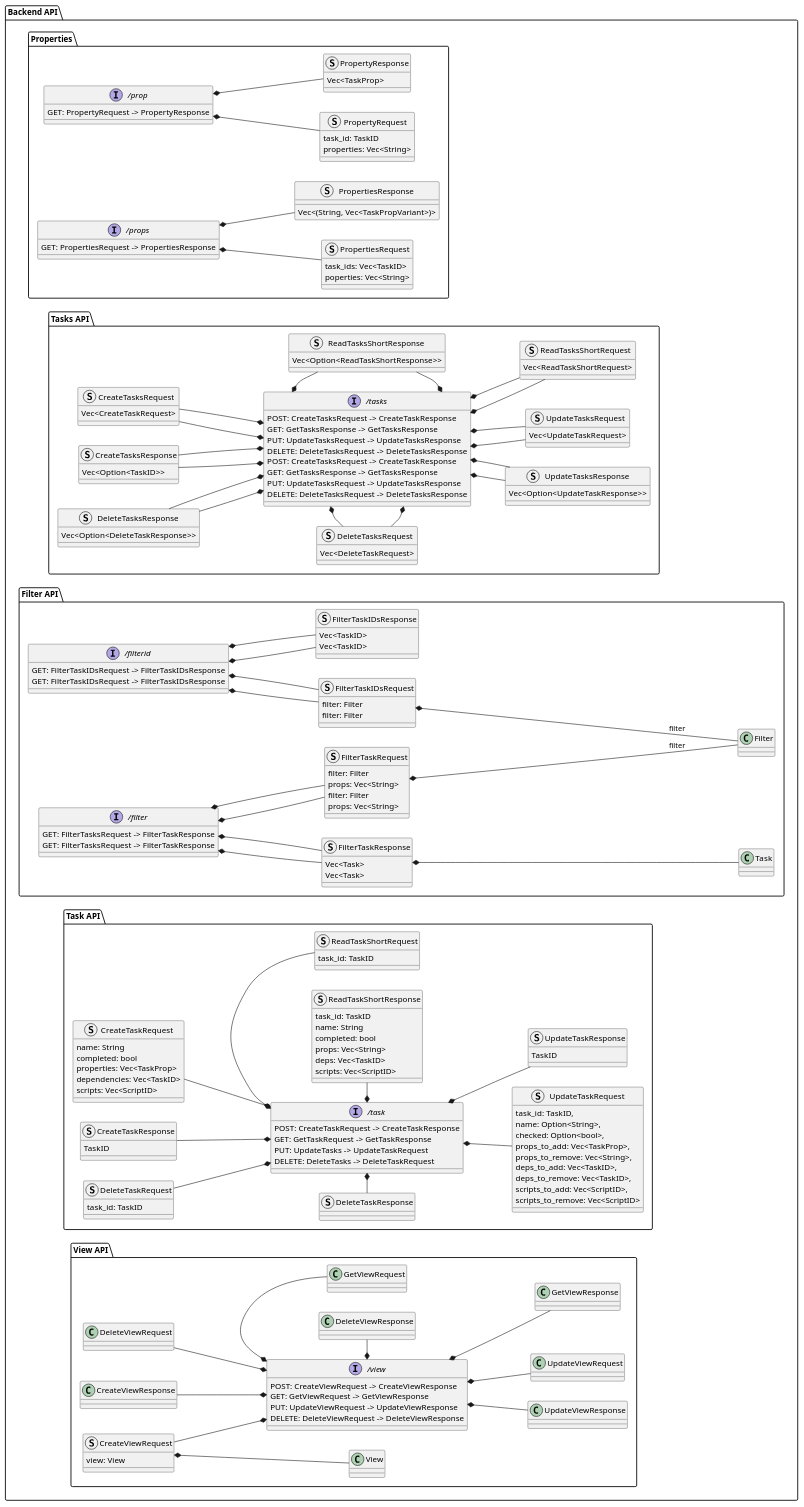
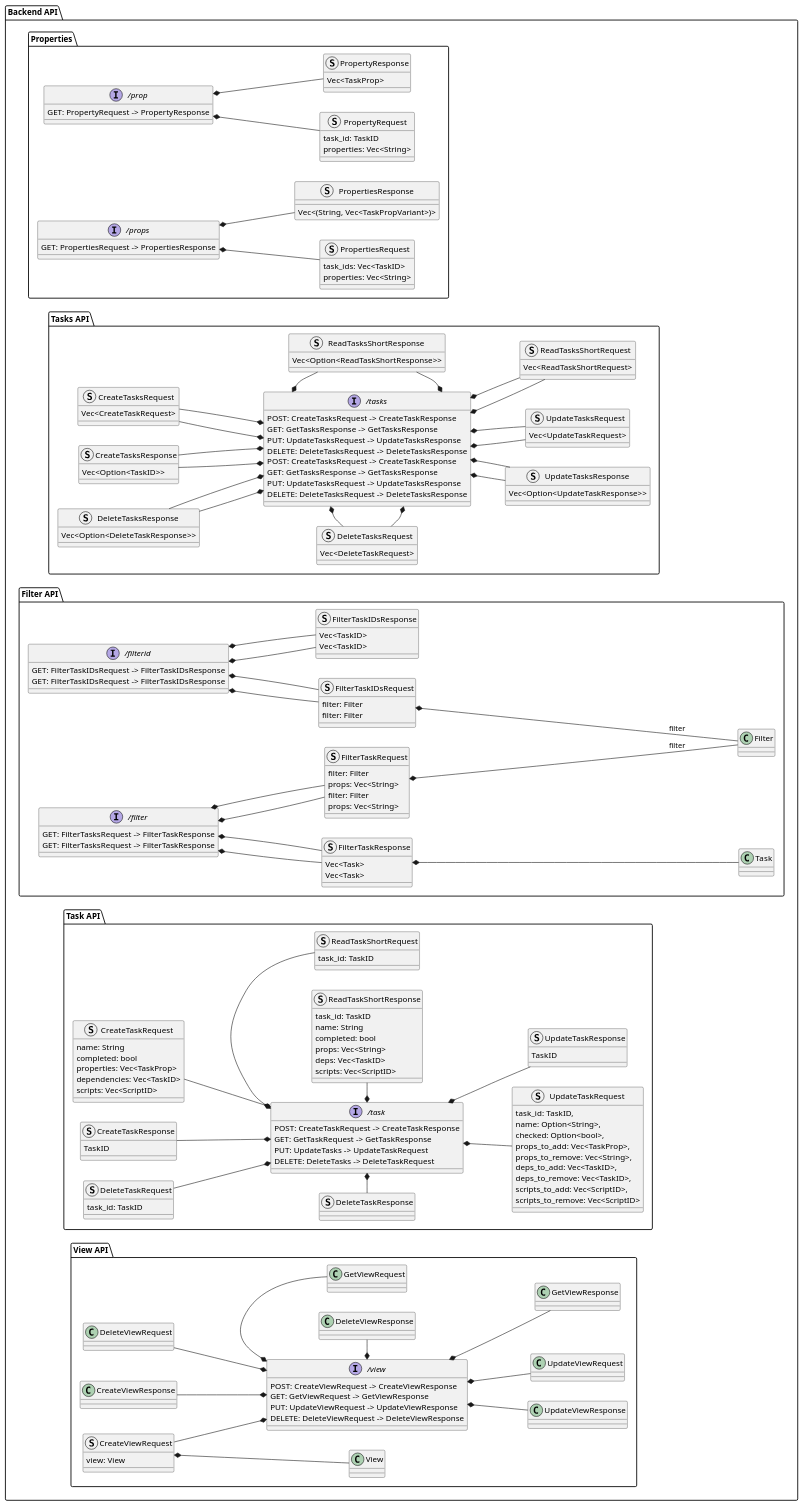
Before and after one commit to knoxy5467/a-better-notion: the fourth of 4 diagrams in design/middleware.puml, drawn with PlantUML. The commit also changed other lines of this file and 2 other files, not shown here.

Commit message:
middleware class and sequences updates that I forgot to push to main before it got locked lol

```diff
--- a/design/middleware.puml
+++ b/design/middleware.puml
@@ -149,7 +173,7 @@
 		}
 		struct PropertiesRequest {
 			task_ids: Vec<TaskID>
-			poperties: Vec<String>
+			properties: Vec<String>
 		}
 		struct PropertiesResponse {
 			Vec<(String, Vec<TaskPropVariant>)>
```
